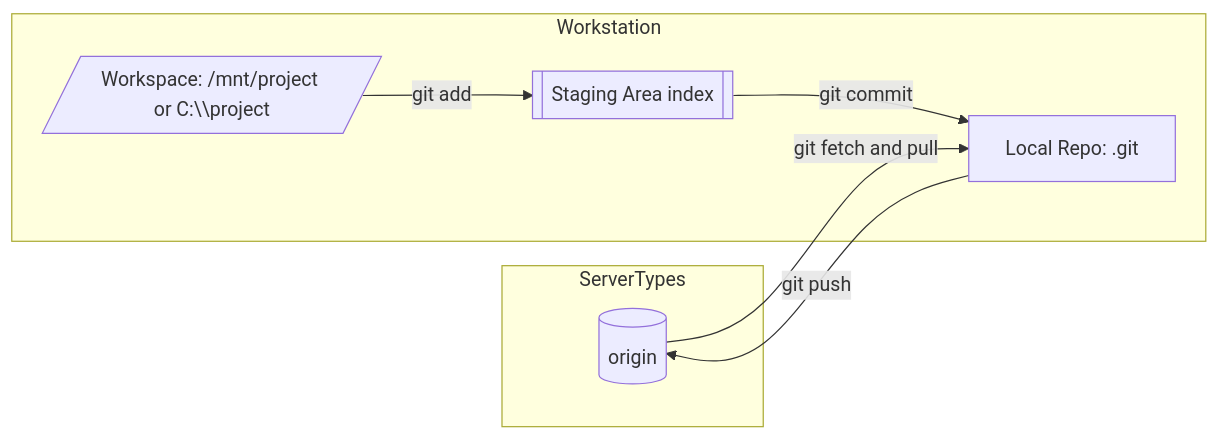
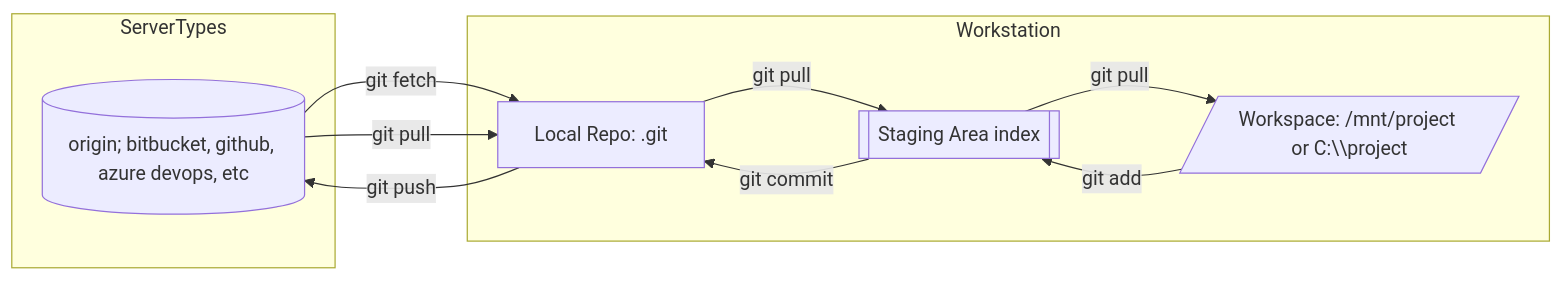
The diagram in knowledge/secdevops/scm/git/gitforbeginners.md (bigbird023/bigbird023.github.io), drawn with Mermaid before and after one commit.

Commit message:
tweak to graph to help explain

````diff
--- a/knowledge/secdevops/scm/git/gitforbeginners.md
+++ b/knowledge/secdevops/scm/git/gitforbeginners.md
@@ -19,19 +19,23 @@
 ```mermaid
 flowchart LR
      subgraph Remote[ServerTypes]
-          R[(origin)]
+          R[(origin; bitbucket, github, azure devops, etc)]
      end
 
 
      subgraph Workstation[Workstation]
           W[/Workspace: /mnt/project or C:\\project/]
           L[Local Repo: .git]
           S[[Staging Area index]]
      end
      
      W -- git add --> S
      S -- git commit --> L
      L -- git push --> R
-     R -- git fetch and pull --> L
+     R -- git fetch --> L
+     R -- git pull --> L
+     L -- git pull --> S
+     S -- git pull --> W
+
 
 ```
````
